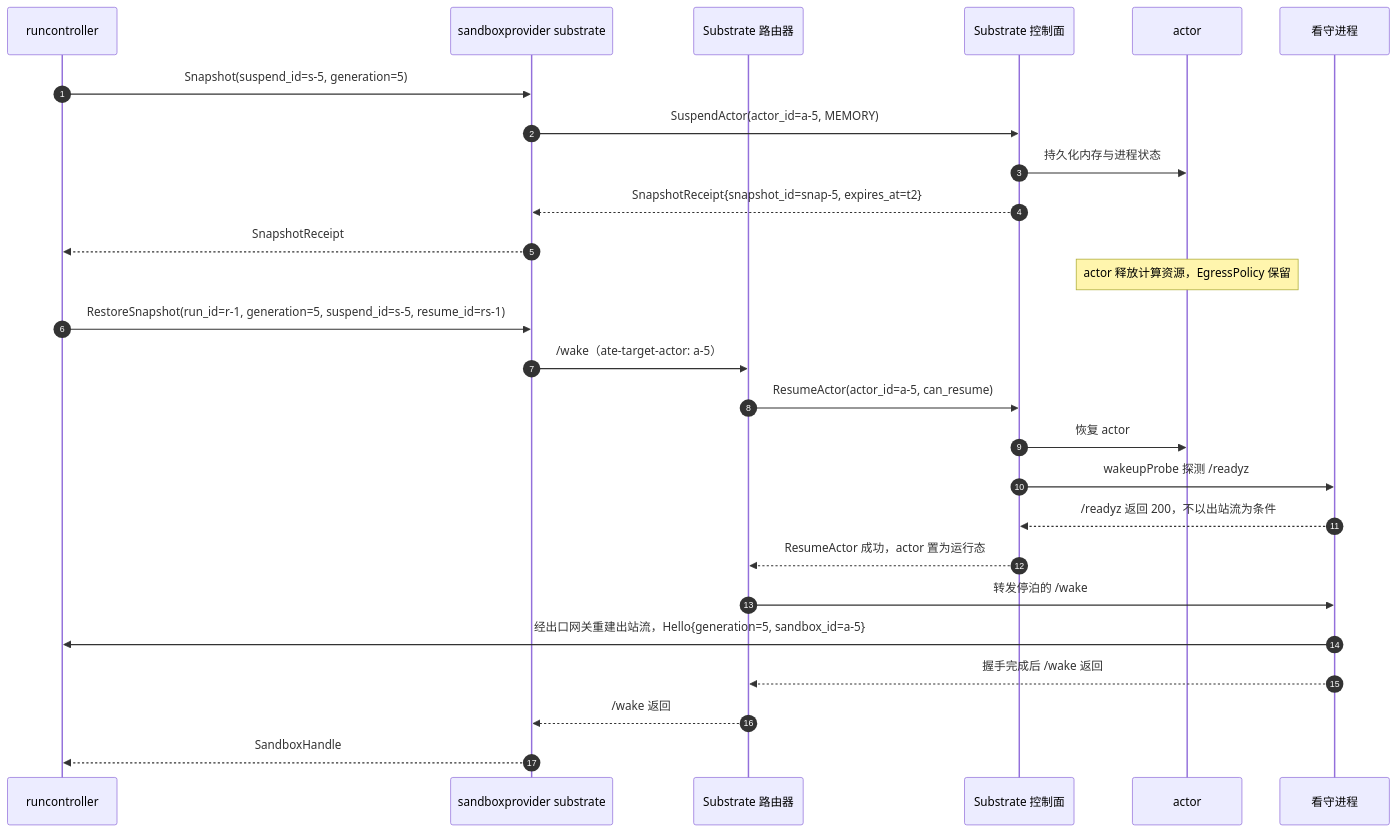
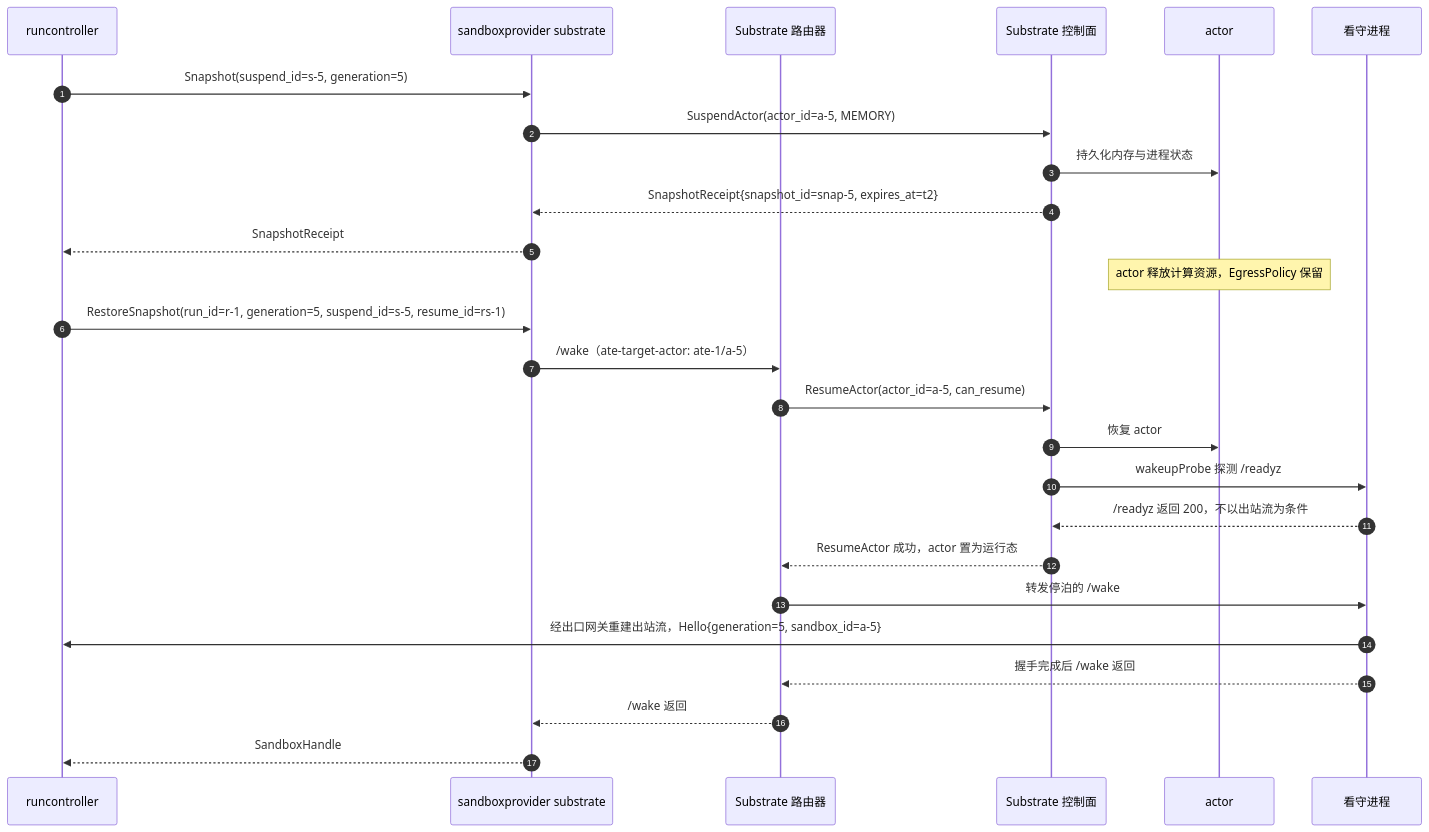
The third of 4 diagrams in docs/design/modules/sandboxprovider/design-sandboxprovider-substrate.md (wangzw/castworks), drawn with Mermaid before and after one commit. The commit also changed other lines of this file and 11 other files, not shown here.

````diff
--- a/docs/design/modules/sandboxprovider/design-sandboxprovider-substrate.md
+++ b/docs/design/modules/sandboxprovider/design-sandboxprovider-substrate.md
@@ -201,30 +202,30 @@
 ```mermaid
 sequenceDiagram
     autonumber
     participant R as runcontroller
     participant P as sandboxprovider substrate
     participant X as Substrate 路由器
     participant S as Substrate 控制面
     participant A as actor
     participant W as 看守进程
 
     R->>P: Snapshot(suspend_id=s-5, generation=5)
     P->>S: SuspendActor(actor_id=a-5, MEMORY)
     S->>A: 持久化内存与进程状态
     S-->>P: SnapshotReceipt{snapshot_id=snap-5, expires_at=t2}
     P-->>R: SnapshotReceipt
     Note over A: actor 释放计算资源，EgressPolicy 保留
 
     R->>P: RestoreSnapshot(run_id=r-1, generation=5, suspend_id=s-5, resume_id=rs-1)
-    P->>X: /wake（ate-target-actor: a-5）
+    P->>X: /wake（ate-target-actor: ate-1/a-5）
     X->>S: ResumeActor(actor_id=a-5, can_resume)
     S->>A: 恢复 actor
     S->>W: wakeupProbe 探测 /readyz
     W-->>S: /readyz 返回 200，不以出站流为条件
     S-->>X: ResumeActor 成功，actor 置为运行态
     X->>W: 转发停泊的 /wake
     W->>R: 经出口网关重建出站流，Hello{generation=5, sandbox_id=a-5}
     W-->>X: 握手完成后 /wake 返回
     X-->>P: /wake 返回
     P-->>R: SandboxHandle
 ```
````
